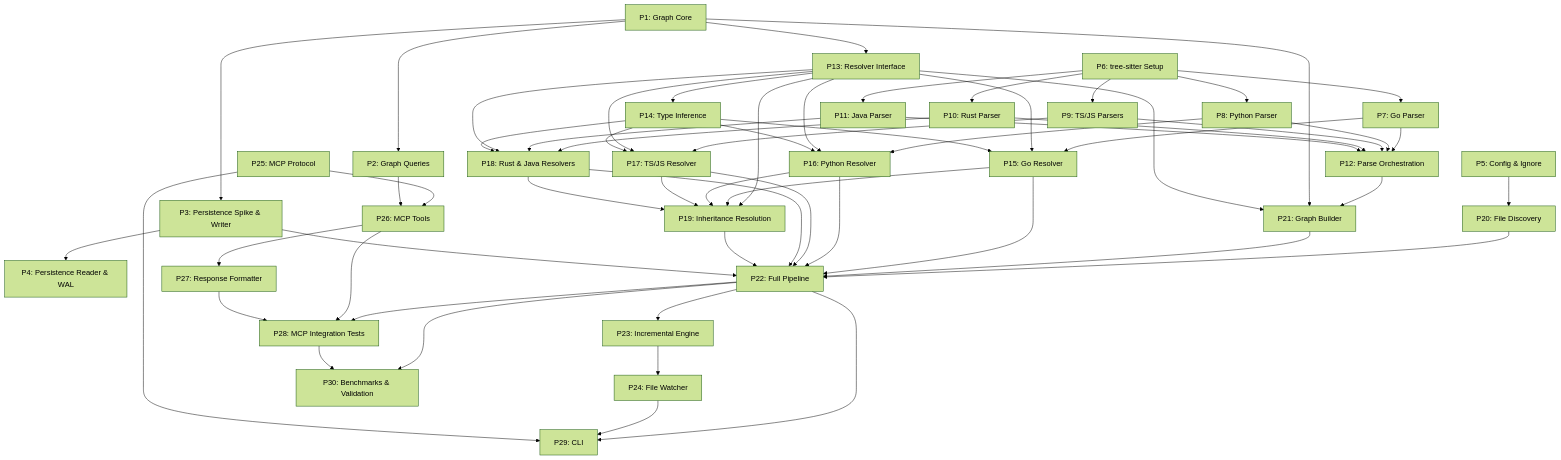
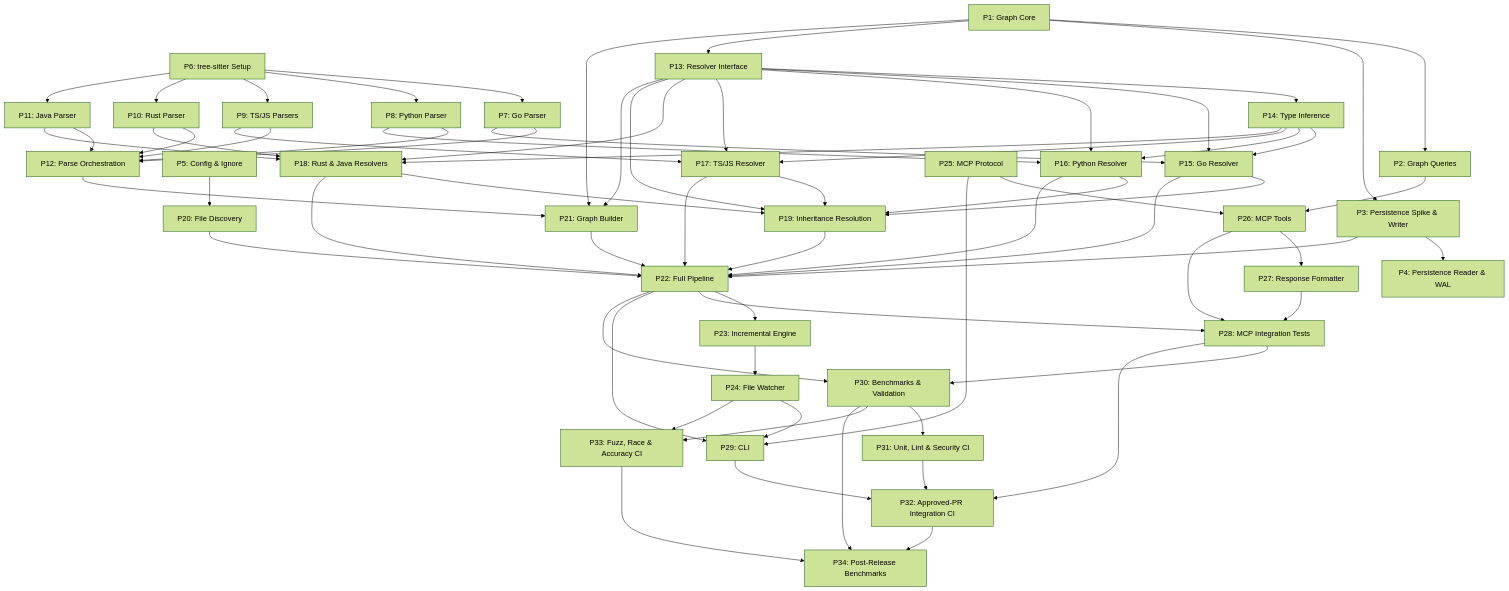
One commit to roshankumar0036singh/gographctx changed the diagram in CONTEXT.md. Above: the diagram before and after it, drawn with Mermaid (forest theme). The commit also changed other lines of this file and 7 other files, not shown here.

````diff
--- a/CONTEXT.md
+++ b/CONTEXT.md
@@ -1598,61 +1649,70 @@
 ```mermaid
 flowchart TD
     P1["P1: Graph Core"] --> P2["P2: Graph Queries"]
     P1 --> P3["P3: Persistence Spike & Writer"]
     P3 --> P4["P4: Persistence Reader & WAL"]
     P5["P5: Config & Ignore"] --> P20["P20: File Discovery"]
     P6["P6: tree-sitter Setup"] --> P7["P7: Go Parser"]
     P6 --> P8["P8: Python Parser"]
     P6 --> P9["P9: TS/JS Parsers"]
     P6 --> P10["P10: Rust Parser"]
     P6 --> P11["P11: Java Parser"]
     P7 --> P12["P12: Parse Orchestration"]
     P8 --> P12
     P9 --> P12
     P10 --> P12
     P11 --> P12
     P1 --> P13["P13: Resolver Interface"]
     P13 --> P14["P14: Type Inference"]
     P7 --> P15["P15: Go Resolver"]
     P13 --> P15
     P14 --> P15
     P8 --> P16["P16: Python Resolver"]
     P13 --> P16
     P14 --> P16
     P9 --> P17["P17: TS/JS Resolver"]
     P13 --> P17
     P14 --> P17
     P10 --> P18["P18: Rust & Java Resolvers"]
     P11 --> P18
     P13 --> P18
     P14 --> P18
     P13 --> P19["P19: Inheritance Resolution"]
     P15 --> P19
     P16 --> P19
     P17 --> P19
     P18 --> P19
     P12 --> P21["P21: Graph Builder"]
     P1 --> P21
     P13 --> P21
     P20 --> P22["P22: Full Pipeline"]
     P21 --> P22
     P15 --> P22
     P16 --> P22
     P17 --> P22
     P18 --> P22
     P19 --> P22
     P3 --> P22
     P22 --> P23["P23: Incremental Engine"]
     P23 --> P24["P24: File Watcher"]
     P25["P25: MCP Protocol"] --> P26["P26: MCP Tools"]
     P2 --> P26
     P26 --> P27["P27: Response Formatter"]
     P22 --> P28["P28: MCP Integration Tests"]
     P26 --> P28
     P27 --> P28
     P22 --> P29["P29: CLI"]
     P24 --> P29
     P25 --> P29
     P22 --> P30["P30: Benchmarks & Validation"]
     P28 --> P30
+    P30 --> P31["P31: Unit, Lint & Security CI"]
+    P28 --> P32["P32: Approved-PR Integration CI"]
+    P29 --> P32
+    P31 --> P32
+    P30 --> P33["P33: Fuzz, Race & Accuracy CI"]
+    P24 --> P33
+    P30 --> P34["P34: Post-Release Benchmarks"]
+    P32 --> P34
+    P33 --> P34
 ```
````
